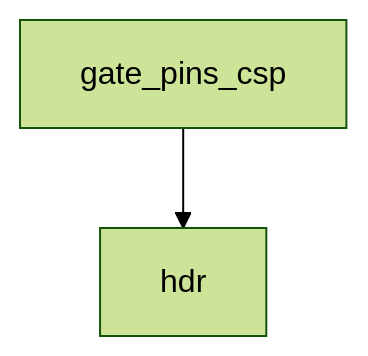
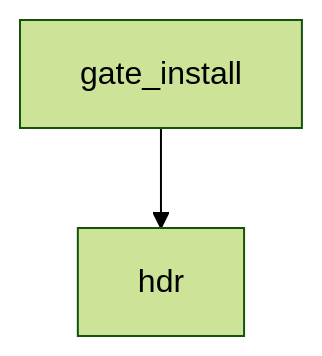
One commit to jonathan-shc/UWB changed the diagram in docs/architecture/scripts/security-web.sh.md. Above: the diagram before and after it, drawn with Mermaid (forest theme). The commit also changed other lines of this file and 2 other files, not shown here.

First line of the commit message:
docs: regenerate after the install gate

````diff
--- a/docs/architecture/scripts/security-web.sh.md
+++ b/docs/architecture/scripts/security-web.sh.md
@@ -38,4 +38,4 @@
 ```mermaid
 flowchart TD
-  gate_pins_csp --> hdr
+  gate_install --> hdr
 ```
````
